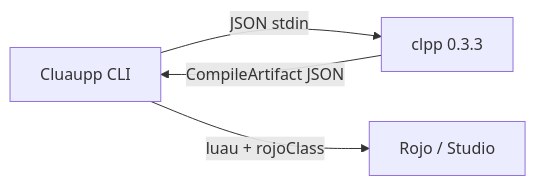
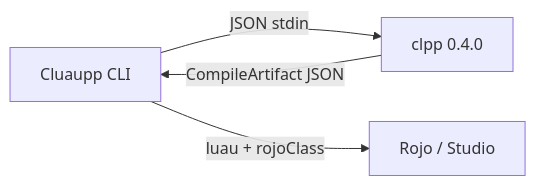
One commit to KartzRbx/CLPP changed the diagram in docs/cluaupp-032.md. Above: the diagram before and after it, drawn with Mermaid. The commit also changed other lines of this file and 53 other files, not shown here.

````diff
--- a/docs/cluaupp-032.md
+++ b/docs/cluaupp-032.md
@@ -12,6 +12,6 @@
 ```mermaid
 flowchart LR
-  cluaupp["Cluaupp CLI"] -->|"JSON stdin"| clpp["clpp 0.3.3"]
+  cluaupp["Cluaupp CLI"] -->|"JSON stdin"| clpp["clpp 0.4.0"]
   clpp -->|"CompileArtifact JSON"| cluaupp
   cluaupp -->|"luau + rojoClass"| rojo["Rojo / Studio"]
 ```
````
